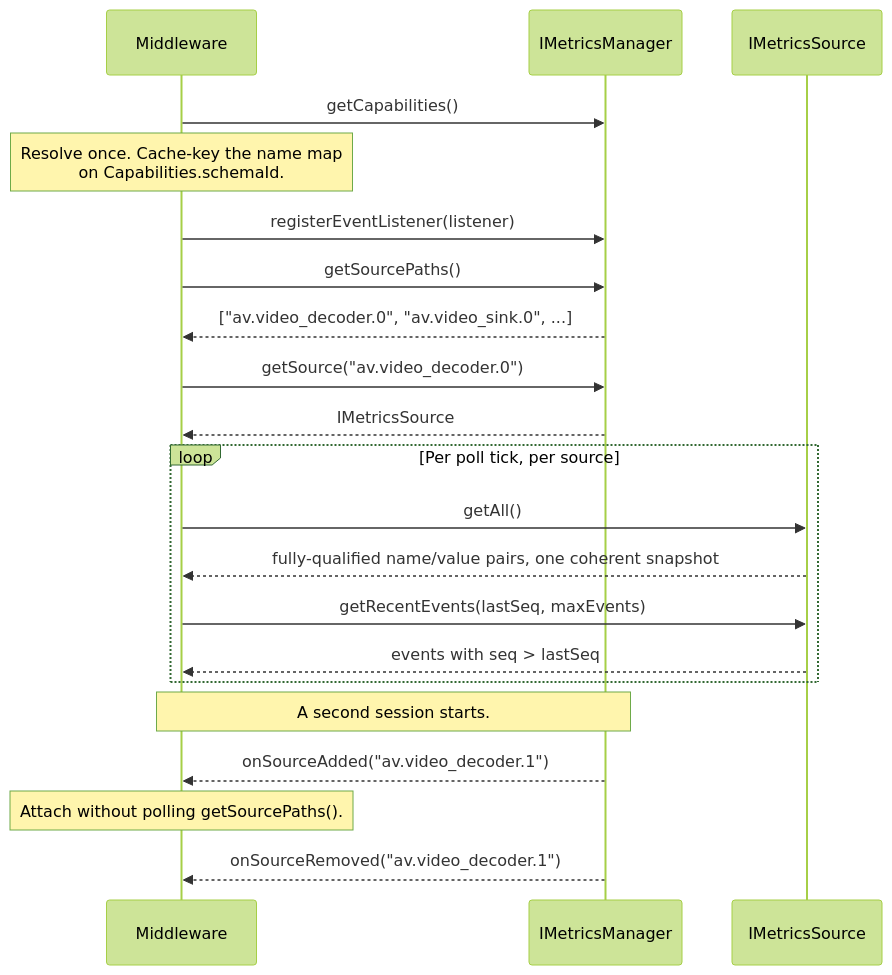
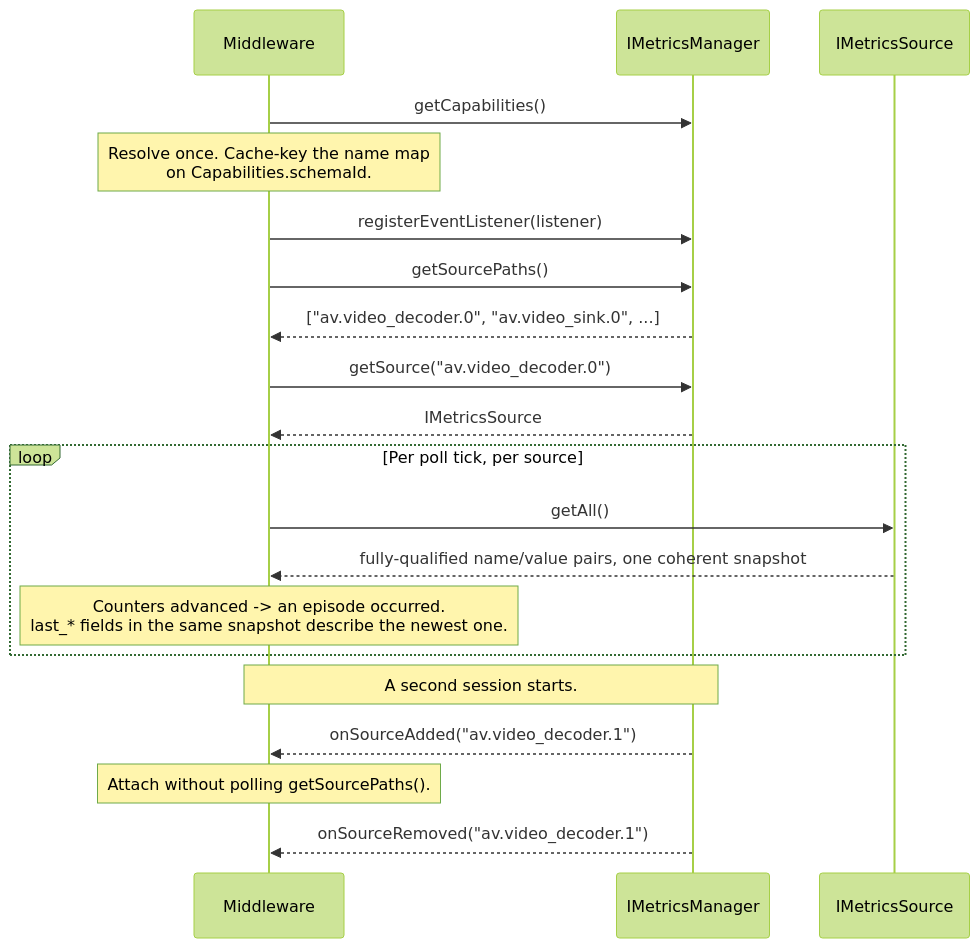
One commit to rdkcentral/rdk-halif-aidl changed the second of 2 diagrams in metrics/current/docs/metrics.md. Above: the diagram before and after it, drawn with Mermaid (forest theme). The commit also changed other lines of this file and 9 other files, not shown here.

````diff
--- a/metrics/current/docs/metrics.md
+++ b/metrics/current/docs/metrics.md
@@ -288,26 +281,25 @@
 ```mermaid
 sequenceDiagram
     participant Client as Middleware
     participant MGR as IMetricsManager
     participant SRC as IMetricsSource
 
     Client->>MGR: getCapabilities()
     note over Client: Resolve once. Cache-key the name map<br>on Capabilities.schemaId.
     Client->>MGR: registerEventListener(listener)
     Client->>MGR: getSourcePaths()
     MGR-->>Client: ["av.video_decoder.0", "av.video_sink.0", ...]
     Client->>MGR: getSource("av.video_decoder.0")
     MGR-->>Client: IMetricsSource
 
     loop Per poll tick, per source
         Client->>SRC: getAll()
         SRC-->>Client: fully-qualified name/value pairs, one coherent snapshot
-        Client->>SRC: getRecentEvents(lastSeq, maxEvents)
-        SRC-->>Client: events with seq > lastSeq
+        note over Client: Counters advanced -> an episode occurred.<br/>last_* fields in the same snapshot describe the newest one.
     end
 
     note over MGR,Client: A second session starts.
     MGR-->>Client: onSourceAdded("av.video_decoder.1")
     note over Client: Attach without polling getSourcePaths().
     MGR-->>Client: onSourceRemoved("av.video_decoder.1")
 ```
````
